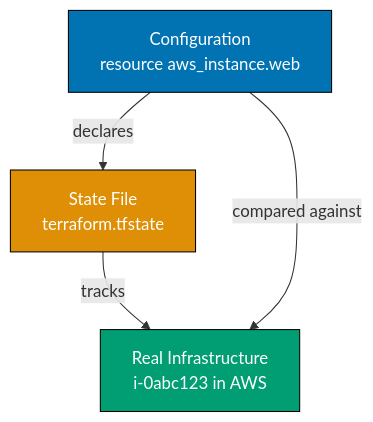
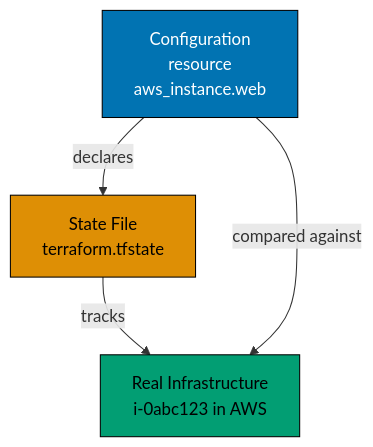
Before and after one commit to wahidyankf/ose-public: the seventh of 9 diagrams in apps/ayokoding-www/content/en/learn/legacy/software-engineering/infrastructure/infrastructure-as-code/by-example/beginner.md, drawn with Mermaid. The commit also changed other lines of this file and 131 other files, not shown here.

First line of the commit message:
fix(mermaid): bring the legacy data, infrastructure, and testing diagrams onto the accessible palette

````diff
--- a/apps/ayokoding-www/content/en/learn/legacy/software-engineering/infrastructure/infrastructure-as-code/by-example/beginner.md
+++ b/apps/ayokoding-www/content/en/learn/legacy/software-engineering/infrastructure/infrastructure-as-code/by-example/beginner.md
@@ -1016,14 +1056,20 @@
 ```mermaid
 graph TD
-    A["Configuration<br/>resource aws_instance.web"]
+    accTitle: Example 22: Understanding Terraform State
+    accDescr: Graph with 3 nodes and 3 connections. Nodes: Configuration resource aws_instance.web, State File terraform.tfstate, Real Infrastructure i-0abc123 in AWS. Connections: Configuration resource aws_instance.web to State File terraform.tfstate (declares), State File terraform.tfstate to Real Infrastructure i-0abc123 in AWS (tracks), Configuration resource aws_instance.web to Real Infrastructure i-0abc123 in AWS (compared against).
+    A["Configuration<br/>resource<br/>aws_instance.web"]
     B["State File<br/>terraform.tfstate"]
     C["Real Infrastructure<br/>i-0abc123 in AWS"]
 
     A -->|declares| B
     B -->|tracks| C
     A -->|compared against| C
 
-    style A fill:#0173B2,stroke:#000,color:#fff
-    style B fill:#DE8F05,stroke:#000,color:#fff
-    style C fill:#029E73,stroke:#000,color:#fff
+    classDef pal-0173B2 fill:#0173B2,stroke:#000000,color:#FFFFFF
+    class A pal-0173B2
+    classDef pal-DE8F05 fill:#DE8F05,stroke:#000000,color:#000000
+    class B pal-DE8F05
+    classDef pal-029E73 fill:#029E73,stroke:#000000,color:#000000
+    class C pal-029E73
+    classDef default fill:#FFFFFF,stroke:#000000,color:#000000
 ```
````
